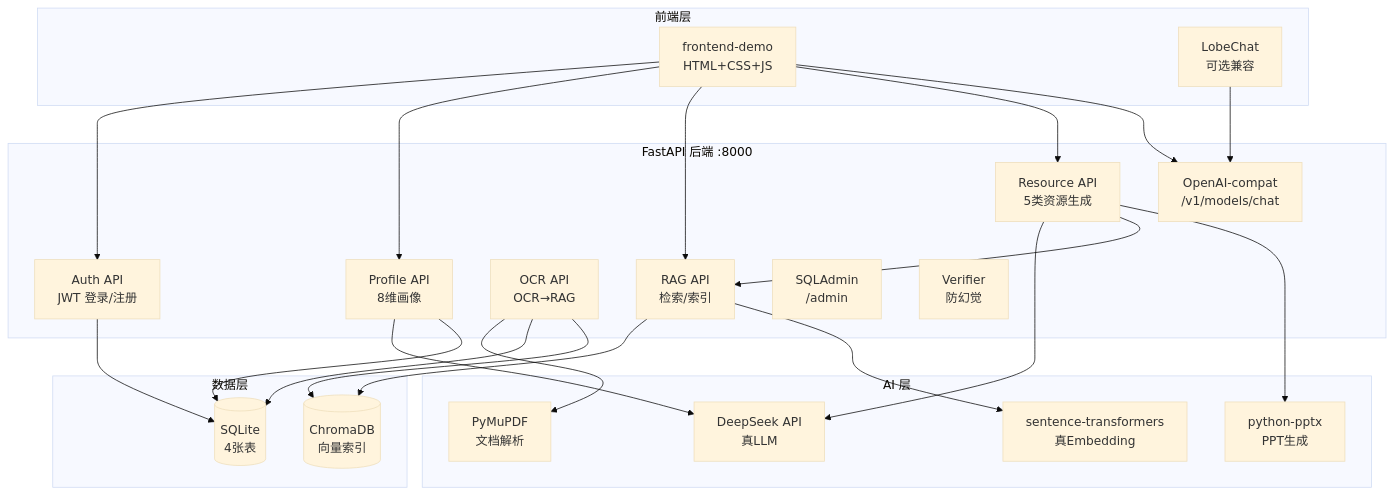
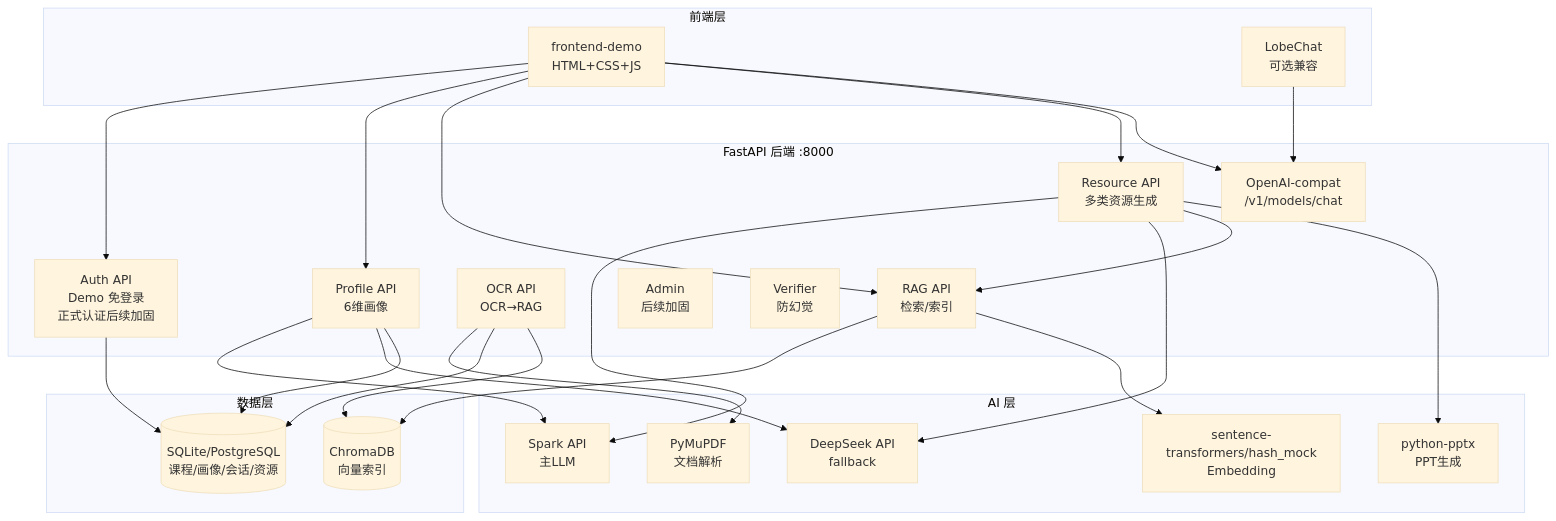
One commit to jasminenetf/intelligent-learning-agent changed the first of 4 diagrams in docs/presentation/ARCHITECTURE_DIAGRAMS.md. Above: the diagram before and after it, drawn with Mermaid (base theme). The commit also changed other lines of this file and 40 other files, not shown here.

````diff
--- a/docs/presentation/ARCHITECTURE_DIAGRAMS.md
+++ b/docs/presentation/ARCHITECTURE_DIAGRAMS.md
@@ -9,48 +9,51 @@
 ```mermaid
 graph TB
     subgraph Frontend["前端层"]
         FE[frontend-demo<br/>HTML+CSS+JS]
         LC[LobeChat<br/>可选兼容]
     end
 
     subgraph API["FastAPI 后端 :8000"]
-        AUTH[Auth API<br/>JWT 登录/注册]
-        PROF[Profile API<br/>8维画像]
+        AUTH[Auth API<br/>Demo 免登录<br/>正式认证后续加固]
+        PROF[Profile API<br/>6维画像]
         OCR[OCR API<br/>OCR→RAG]
         RAG[RAG API<br/>检索/索引]
-        RES[Resource API<br/>5类资源生成]
+        RES[Resource API<br/>多类资源生成]
         OAI[OpenAI-compat<br/>/v1/models/chat]
-        ADMIN[SQLAdmin<br/>/admin]
+        ADMIN[Admin<br/>后续加固]
         VFY[Verifier<br/>防幻觉]
     end
 
     subgraph Data["数据层"]
-        SQL[(SQLite<br/>4张表)]
+        SQL[(SQLite/PostgreSQL<br/>课程/画像/会话/资源)]
         CHROMA[(ChromaDB<br/>向量索引)]
     end
 
     subgraph AI["AI 层"]
-        DS[DeepSeek API<br/>真LLM]
-        ST[sentence-transformers<br/>真Embedding]
+        SP[Spark API<br/>主LLM]
+        DS[DeepSeek API<br/>fallback]
+        ST[sentence-transformers/hash_mock<br/>Embedding]
         MU[PyMuPDF<br/>文档解析]
         PP[python-pptx<br/>PPT生成]
     end
 
     FE --> AUTH
     FE --> PROF
     FE --> RAG
     FE --> RES
     FE --> OAI
     LC --> OAI
     AUTH --> SQL
+    PROF --> SP
     PROF --> DS
     PROF --> SQL
     OCR --> MU
     OCR --> SQL
     OCR --> CHROMA
     RAG --> CHROMA
     RAG --> ST
+    RES --> SP
     RES --> DS
     RES --> RAG
     RES --> PP
 ```
````
